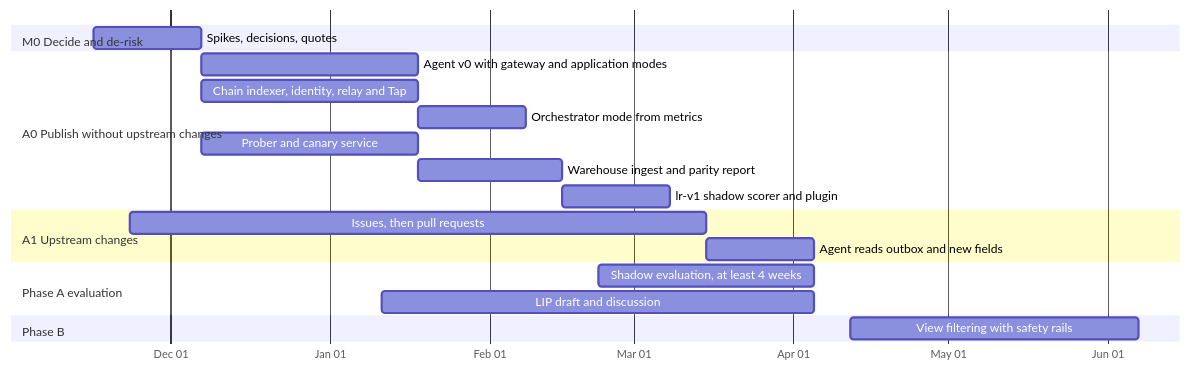
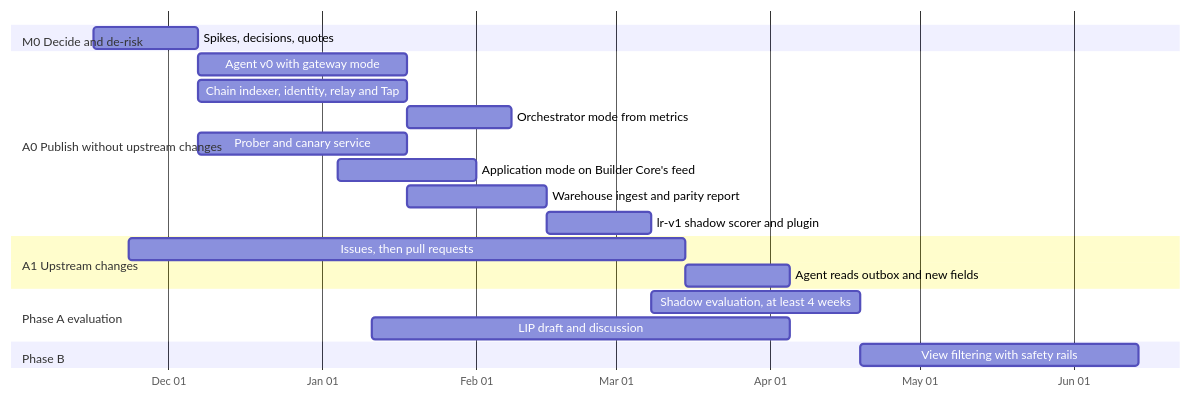
One commit to Cloud-SPE/Livepeer-AT-Protocol changed the third of 3 diagrams in implementation-plan.md. Above: the diagram before and after it, drawn with Mermaid. The commit also changed other lines of this file and 5 other files, not shown here.

First line of the commit message:
Track livepeer-node app registrations and Builder Core's M4 feed

````diff
--- a/implementation-plan.md
+++ b/implementation-plan.md
@@ -831,22 +843,23 @@
 ```mermaid
 gantt
   dateFormat YYYY-MM-DD
   axisFormat %b %d
   section M0 Decide and de-risk
   Spikes, decisions, quotes                     :m0, 2026-11-16, 3w
   section A0 Publish without upstream changes
-  Agent v0 with gateway and application modes   :a0a, after m0, 6w
+  Agent v0 with gateway mode                    :a0a, after m0, 6w
   Chain indexer, identity, relay and Tap        :a0b, after m0, 6w
   Orchestrator mode from metrics                :a0c, after a0a, 3w
   Prober and canary service                     :a0d, after m0, 6w
+  Application mode on Builder Core's feed       :a0g, 2027-01-04, 4w
   Warehouse ingest and parity report            :a0e, after a0a, 4w
   lr-v1 shadow scorer and plugin                :a0f, after a0e, 3w
   section A1 Upstream changes
   Issues, then pull requests                    :a1a, 2026-11-23, 16w
   Agent reads outbox and new fields             :a1b, after a1a, 3w
   section Phase A evaluation
-  Shadow evaluation, at least 4 weeks           :ev, 2027-02-22, 6w
+  Shadow evaluation, at least 4 weeks           :ev, after a0f, 6w
   LIP draft and discussion                      :lip, 2027-01-11, 12w
   section Phase B
-  View filtering with safety rails              :b, 2027-04-12, 8w
+  View filtering with safety rails              :b, after ev, 8w
 ```
````
